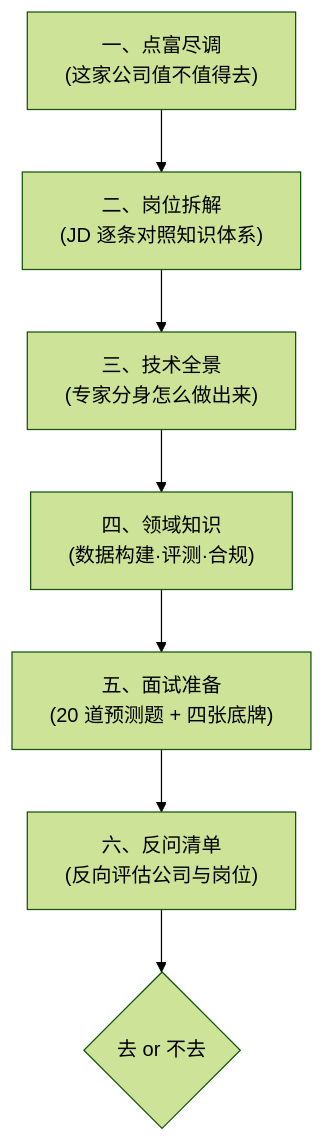
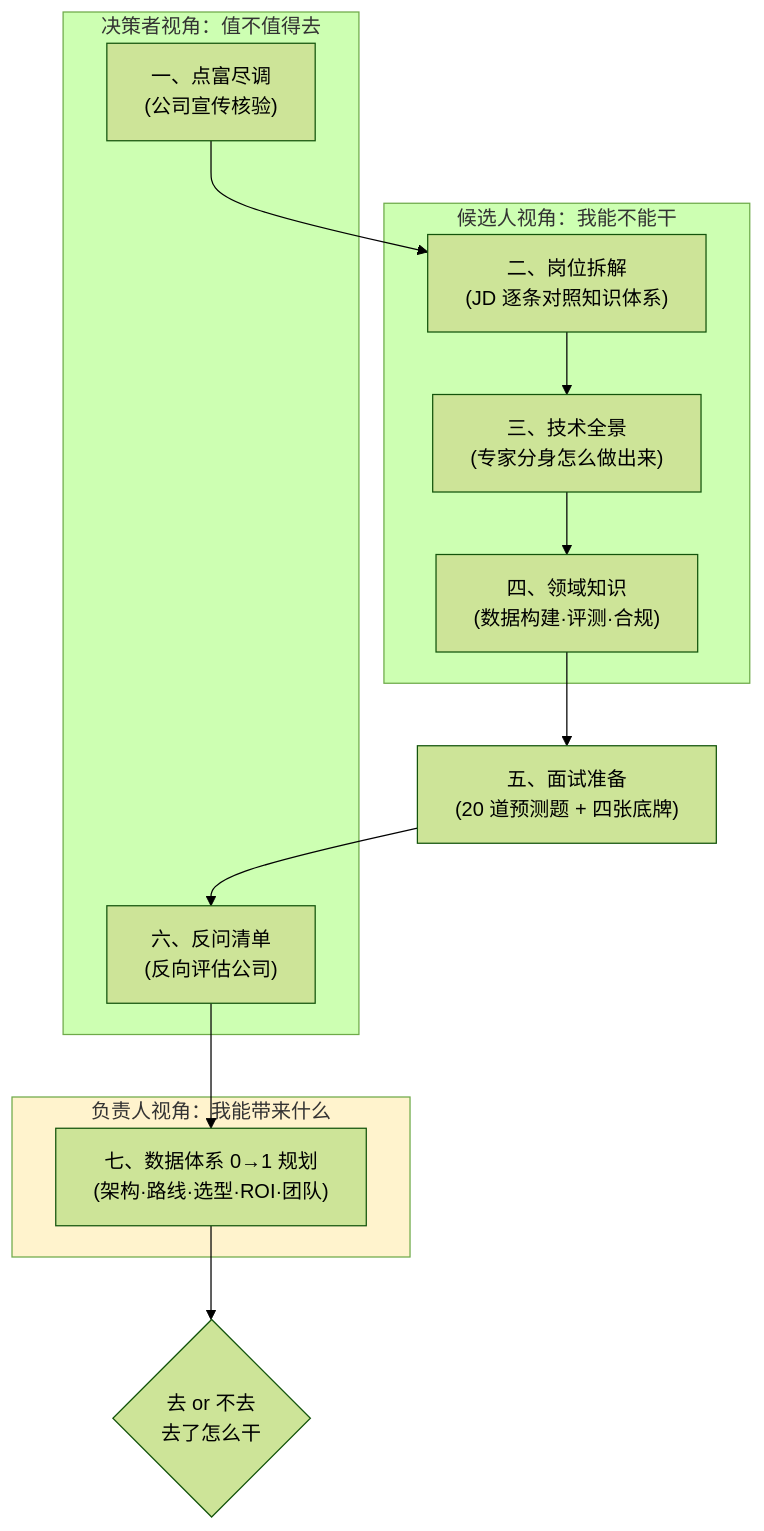
The first of 14 diagrams in part7-ai-engineering/12-案例-点富科技大模型数据评测岗.md (LiPingjiang/Full-Stack-Knowledge-Book), drawn with Mermaid (forest theme) before and after one commit. The commit also changed other lines of this file and 2 other files, not shown here.

First line of the commit message:
docs(part7): 7.12 新增「数据体系 0→1 规划」，补齐数据负责人视角

````diff
--- a/part7-ai-engineering/12-案例-点富科技大模型数据评测岗.md
+++ b/part7-ai-engineering/12-案例-点富科技大模型数据评测岗.md
@@ -24,9 +29,21 @@
 ```mermaid
 flowchart TD
-    A["一、点富尽调<br/>(这家公司值不值得去)"] --> B["二、岗位拆解<br/>(JD 逐条对照知识体系)"]
-    B --> C["三、技术全景<br/>(专家分身怎么做出来)"]
-    C --> D["四、领域知识<br/>(数据构建·评测·合规)"]
-    D --> E["五、面试准备<br/>(20 道预测题 + 四张底牌)"]
-    E --> F["六、反问清单<br/>(反向评估公司与岗位)"]
-    F --> G{"去 or 不去"}
+    subgraph S1["候选人视角：我能不能干"]
+        B["二、岗位拆解<br/>(JD 逐条对照知识体系)"]
+        C["三、技术全景<br/>(专家分身怎么做出来)"]
+        D["四、领域知识<br/>(数据构建·评测·合规)"]
+    end
+    subgraph S2["决策者视角：值不值得去"]
+        A["一、点富尽调<br/>(公司宣传核验)"]
+        F["六、反问清单<br/>(反向评估公司)"]
+    end
+    subgraph S3["负责人视角：我能带来什么"]
+        G["七、数据体系 0→1 规划<br/>(架构·路线·选型·ROI·团队)"]
+    end
+
+    A --> B --> C --> D --> E["五、面试准备<br/>(20 道预测题 + 四张底牌)"]
+    E --> F --> G
+    G --> H{"去 or 不去<br/>去了怎么干"}
+
+    style S3 fill:#fff3cd
 ```
````
